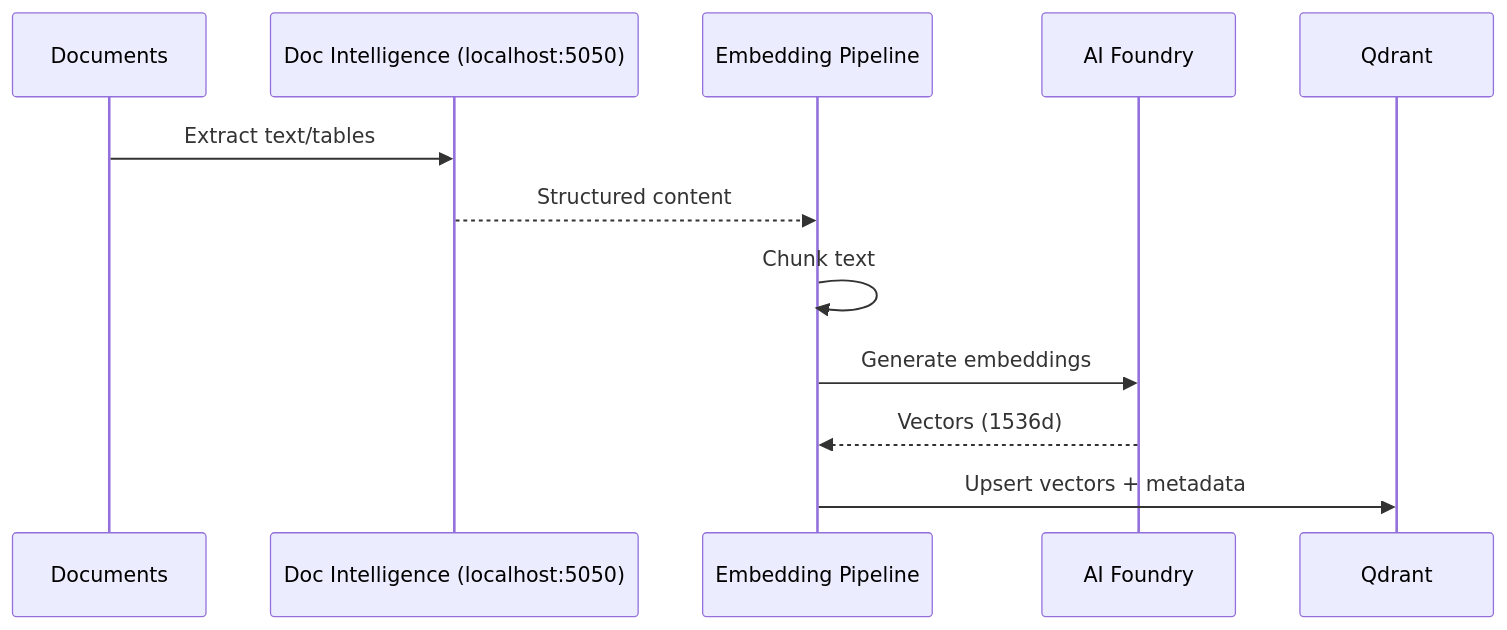
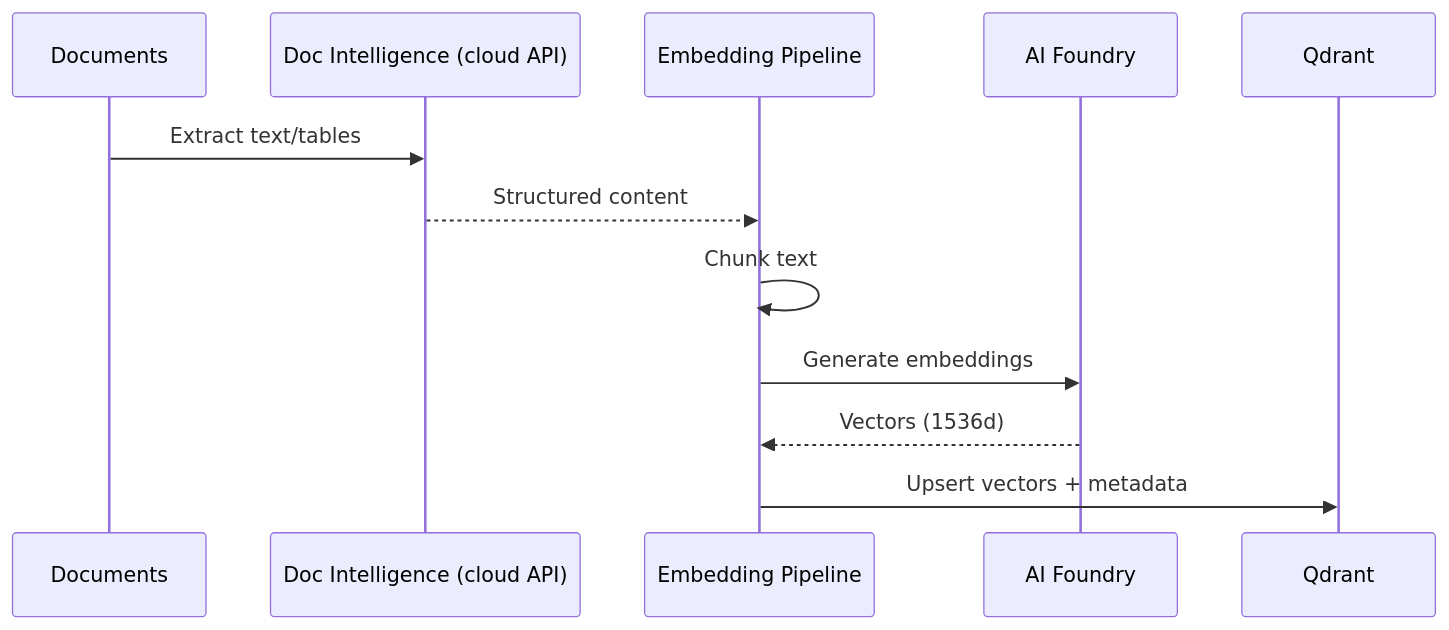
One commit to ibranibeny/Chatbot-AzureInfra changed the third of 3 diagrams in docs/architecture.md. Above: the diagram before and after it, drawn with Mermaid. The commit also changed other lines of this file and 6 other files, not shown here.

Commit message:
docs: update remaining disconnected container refs to cloud Doc Intelligence

````diff
--- a/docs/architecture.md
+++ b/docs/architecture.md
@@ -98,15 +98,15 @@
 ```mermaid
 sequenceDiagram
     participant DOC as Documents
-    participant DI as Doc Intelligence (localhost:5050)
+    participant DI as Doc Intelligence (cloud API)
     participant EMB as Embedding Pipeline
     participant AI as AI Foundry
     participant QD as Qdrant
 
     DOC->>DI: Extract text/tables
     DI-->>EMB: Structured content
     EMB->>EMB: Chunk text
     EMB->>AI: Generate embeddings
     AI-->>EMB: Vectors (1536d)
     EMB->>QD: Upsert vectors + metadata
 ```
````
